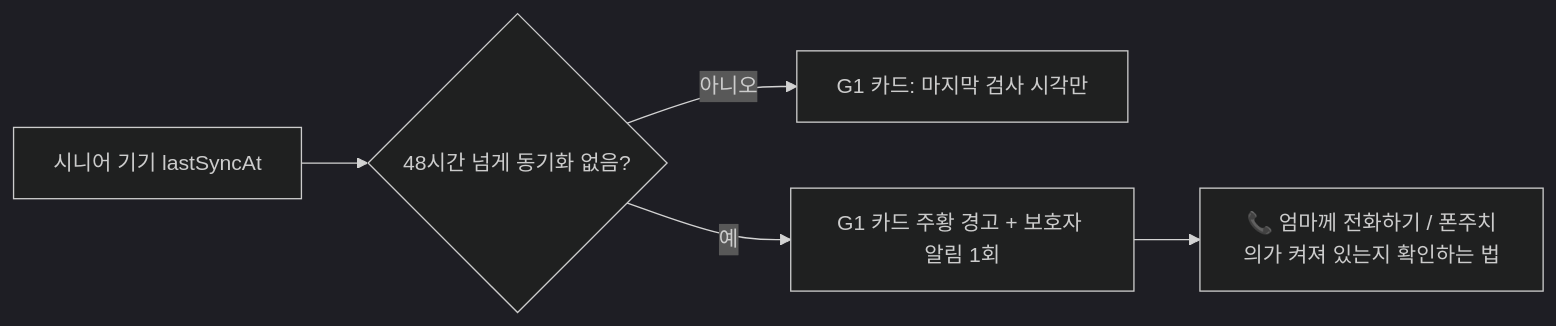
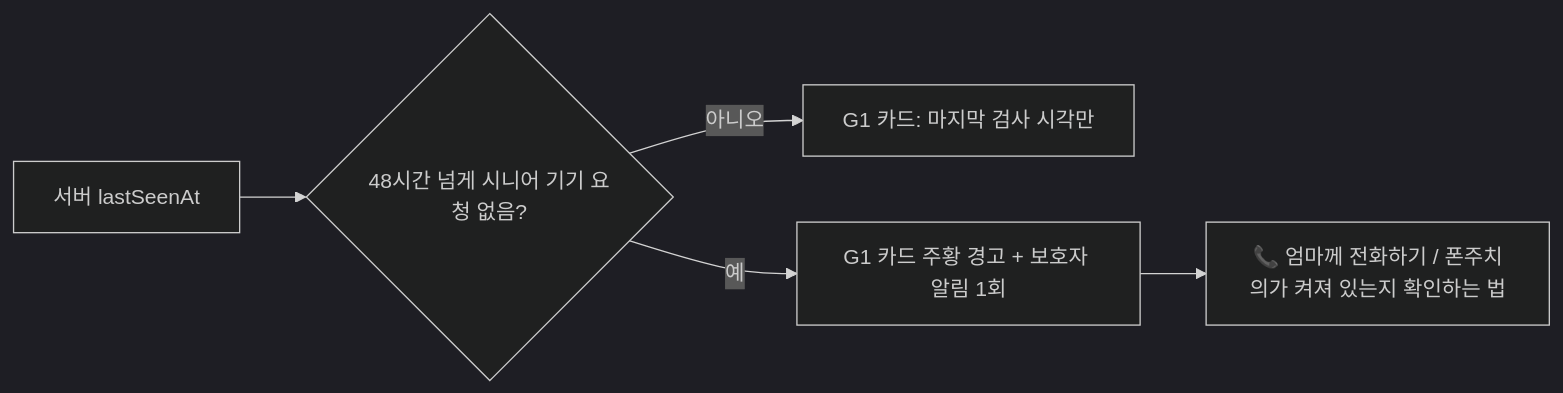
One commit to inq-o/phonedoctor changed the fifth of 5 diagrams in specs/001-mvp/ux-flows.md. Above: the diagram before and after it, drawn with Mermaid (dark theme). The commit also changed other lines of this file and 9 other files, not shown here.

````diff
--- a/specs/001-mvp/ux-flows.md
+++ b/specs/001-mvp/ux-flows.md
@@ -145,7 +168,7 @@
 ```mermaid
 flowchart LR
-    A[시니어 기기 lastSyncAt] --> B{48시간 넘게 동기화 없음?}
+    A[서버 lastSeenAt] --> B{48시간 넘게 시니어 기기 요청 없음?}
     B -- 아니오 --> Z[G1 카드: 마지막 검사 시각만]
     B -- 예 --> C[G1 카드 주황 경고 + 보호자 알림 1회]
     C --> D[📞 엄마께 전화하기 / 폰주치의가 켜져 있는지 확인하는 법]
 ```
````
